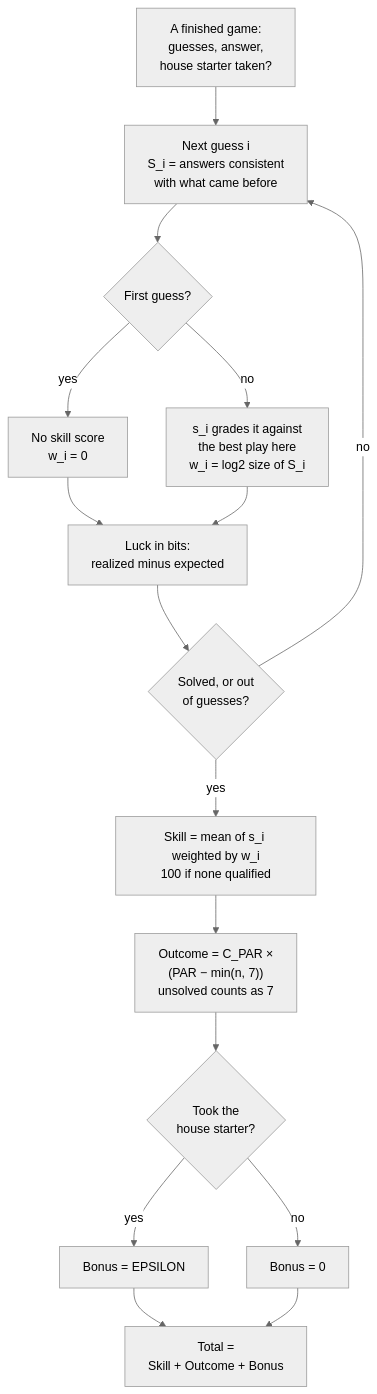
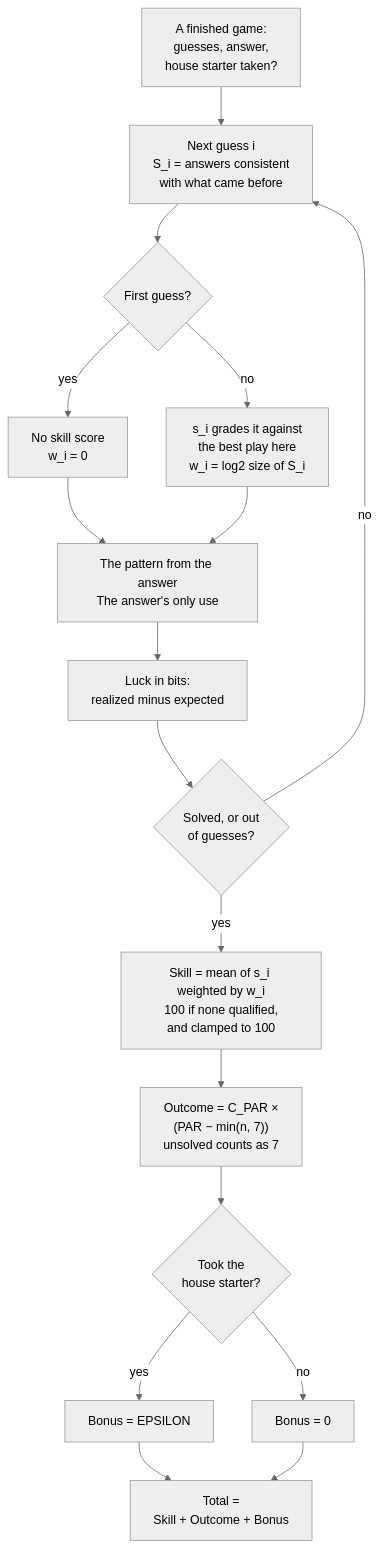
The first of 3 diagrams in docs/scoring.md (k-electron/par), drawn with Mermaid (neutral theme) before and after one commit. The commit also changed other lines of this file, not shown here.

First line of the commit message:
docs(scoring): reconcile the flowcharts with the code, node by node

````diff
--- a/docs/scoring.md
+++ b/docs/scoring.md
@@ -20,19 +20,20 @@
 ```mermaid
 flowchart TD
     Game["A finished game:<br>guesses, answer,<br>house starter taken?"]
     Game --> Position["Next guess i<br>S_i = answers consistent<br>with what came before"]
     Position --> IsFirst{"First guess?"}
     IsFirst -- yes --> Unscored["No skill score<br>w_i = 0"]
     IsFirst -- no --> Scored["s_i grades it against<br>the best play here<br>w_i = log2 size of S_i"]
-    Unscored --> Luck["Luck in bits:<br>realized minus expected"]
-    Scored --> Luck
+    Unscored --> Feedback["The pattern from the answer<br>The answer's only use"]
+    Scored --> Feedback
+    Feedback --> Luck["Luck in bits:<br>realized minus expected"]
     Luck --> Done{"Solved, or out<br>of guesses?"}
     Done -- no --> Position
-    Done -- yes --> Skill["Skill = mean of s_i weighted by w_i<br>100 if none qualified"]
+    Done -- yes --> Skill["Skill = mean of s_i weighted by w_i<br>100 if none qualified,<br>and clamped to 100"]
     Skill --> Outcome["Outcome = C_PAR ×<br>(PAR − min(n, 7))<br>unsolved counts as 7"]
     Outcome --> Took{"Took the<br>house starter?"}
     Took -- yes --> WithBonus["Bonus = EPSILON"]
     Took -- no --> NoBonus["Bonus = 0"]
     WithBonus --> Total["Total =<br>Skill + Outcome + Bonus"]
     NoBonus --> Total
 ```
````
